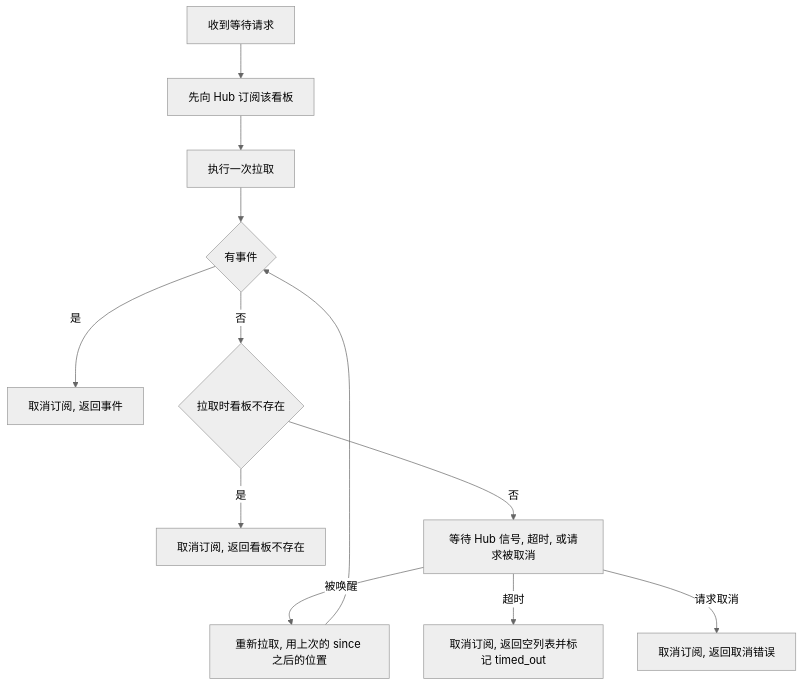
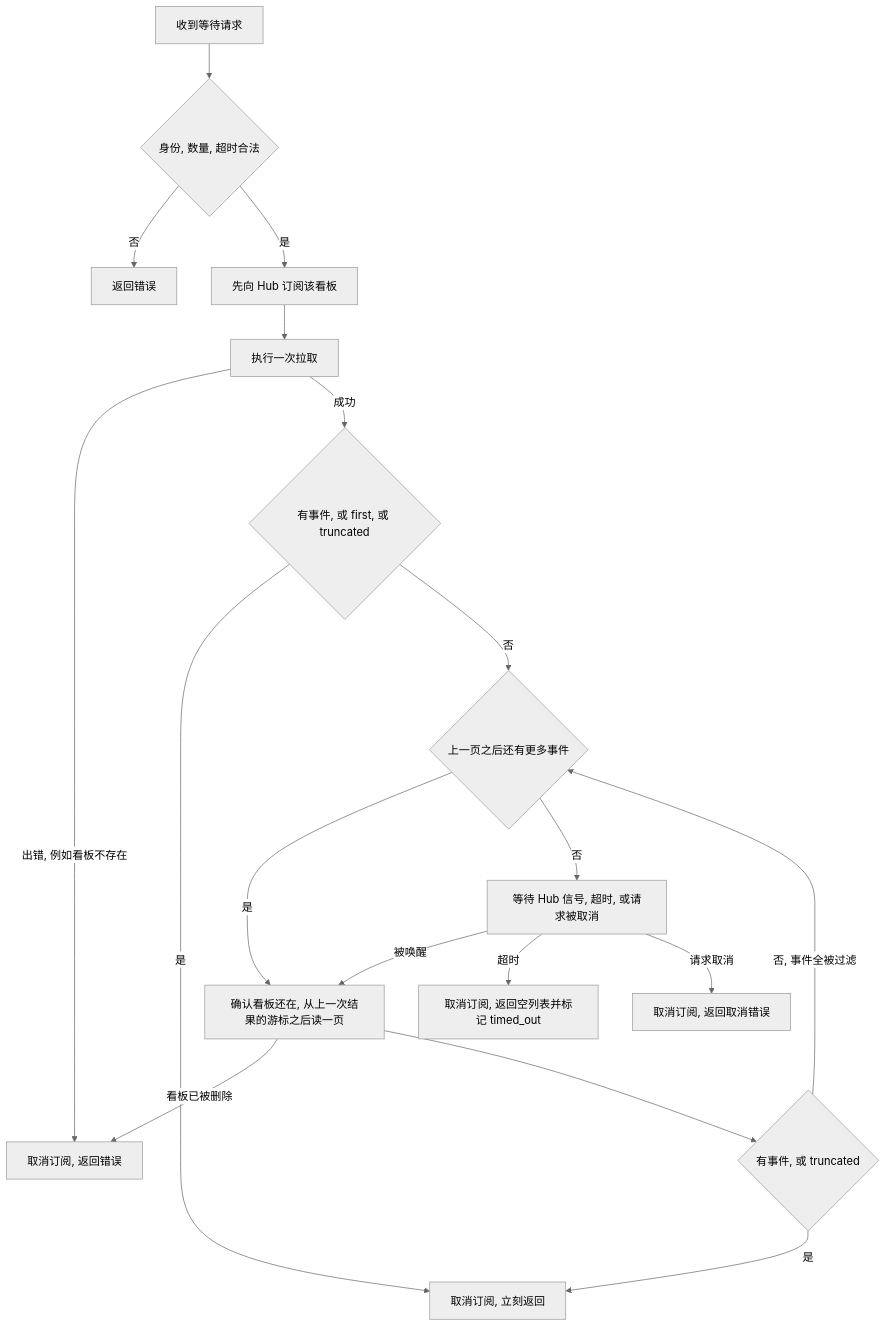
Before and after one commit to ixugo/slate-kanban: the third of 4 diagrams in .cursor/scopes/kanban.event.go.md, drawn with Mermaid (neutral theme). The commit also changed other lines of this file and 1 other file, not shown here.

````diff
--- a/.cursor/scopes/kanban.event.go.md
+++ b/.cursor/scopes/kanban.event.go.md
@@ -119,14 +124,20 @@
 ```mermaid
 flowchart TD
-    A[收到等待请求] --> B[先向 Hub 订阅该看板]
+    A[收到等待请求] --> A2{身份, 数量, 超时合法}
+    A2 -->|否| Z0[返回错误]
+    A2 -->|是| B[先向 Hub 订阅该看板]
     B --> C[执行一次拉取]
-    C --> D{有事件}
-    D -->|是| E[取消订阅, 返回事件]
-    D -->|否| F{拉取时看板不存在}
-    F -->|是| G[取消订阅, 返回看板不存在]
-    F -->|否| H[等待 Hub 信号, 超时, 或请求被取消]
-    H -->|被唤醒| I[重新拉取, 用上次的 since 之后的位置]
-    I --> D
+    C -->|出错, 例如看板不存在| G[取消订阅, 返回错误]
+    C -->|成功| D{有事件, 或 first, 或 truncated}
+    D -->|是| E[取消订阅, 立刻返回]
+    D -->|否| M{上一页之后还有更多事件}
+    M -->|是| I
+    M -->|否| H[等待 Hub 信号, 超时, 或请求被取消]
+    H -->|被唤醒| I[确认看板还在, 从上一次结果的游标之后读一页]
+    I -->|看板已被删除| G
+    I --> D2{有事件, 或 truncated}
+    D2 -->|是| E
+    D2 -->|否, 事件全被过滤| M
     H -->|超时| J[取消订阅, 返回空列表并标记 timed_out]
     H -->|请求取消| K[取消订阅, 返回取消错误]
 ```
````
